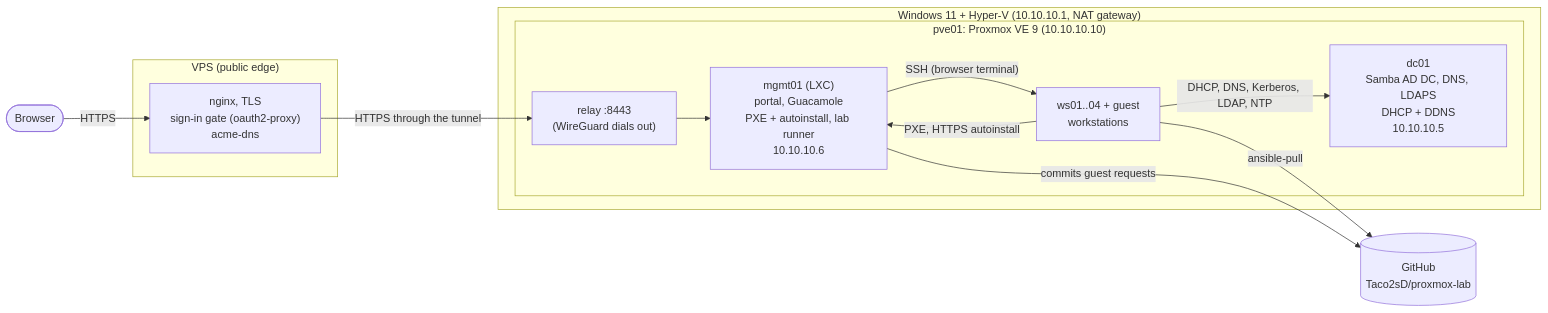
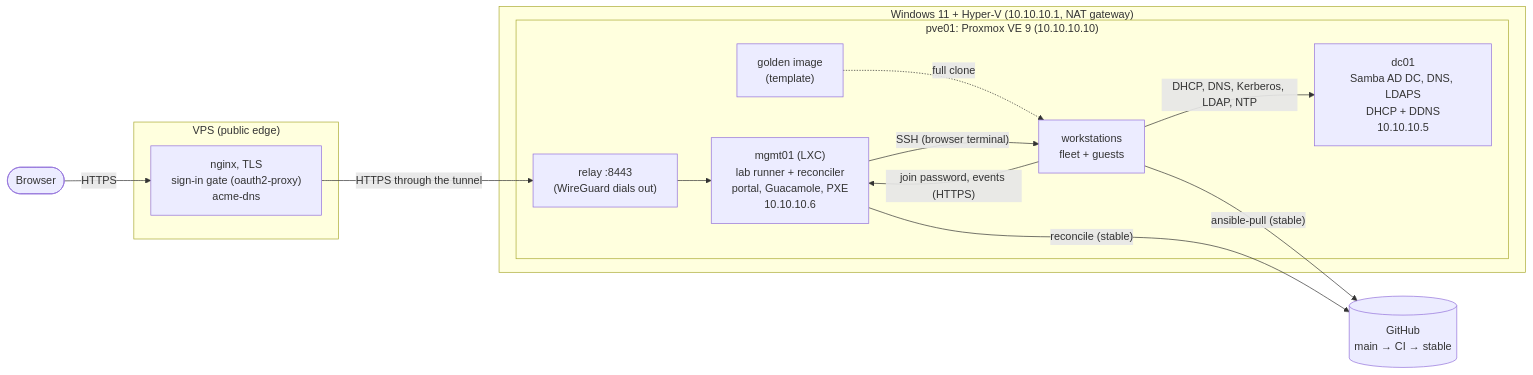
One commit to Taco2sD/proxmox-lab changed the diagram in README.md. Above: the diagram before and after it, drawn with Mermaid. The commit also changed other lines of this file and 142 other files, not shown here.

````diff
--- a/README.md
+++ b/README.md
@@ -43,23 +58,25 @@
 ```mermaid
 flowchart LR
   U(["Browser"])
   subgraph VPS["VPS (public edge)"]
     NG["nginx, TLS<br/>sign-in gate (oauth2-proxy)<br/>acme-dns"]
   end
   subgraph PC["Windows 11 + Hyper-V (10.10.10.1, NAT gateway)"]
     subgraph PVE["pve01: Proxmox VE 9 (10.10.10.10)"]
       RL["relay :8443<br/>(WireGuard dials out)"]
       DC["dc01<br/>Samba AD DC, DNS, LDAPS<br/>DHCP + DDNS<br/>10.10.10.5"]
-      MG["mgmt01 (LXC)<br/>portal, Guacamole<br/>PXE + autoinstall, lab runner<br/>10.10.10.6"]
-      WS["ws01..04 + guest<br/>workstations"]
+      MG["mgmt01 (LXC)<br/>lab runner + reconciler<br/>portal, Guacamole, PXE<br/>10.10.10.6"]
+      IMG["golden image<br/>(template)"]
+      WS["workstations<br/>fleet + guests"]
     end
   end
-  GH[("GitHub<br/>Taco2sD/proxmox-lab")]
+  GH[("GitHub<br/>main → CI → stable")]
   U -- HTTPS --> NG
   NG -- "HTTPS through the tunnel" --> RL --> MG
+  IMG -. "full clone" .-> WS
   WS -- "DHCP, DNS, Kerberos, LDAP, NTP" --> DC
-  WS -- "PXE, HTTPS autoinstall" --> MG
+  WS -- "join password, events (HTTPS)" --> MG
   MG -- "SSH (browser terminal)" --> WS
-  WS -- "ansible-pull" --> GH
-  MG -- "commits guest requests" --> GH
+  WS -- "ansible-pull (stable)" --> GH
+  MG -- "reconcile (stable)" --> GH
 ```
````
